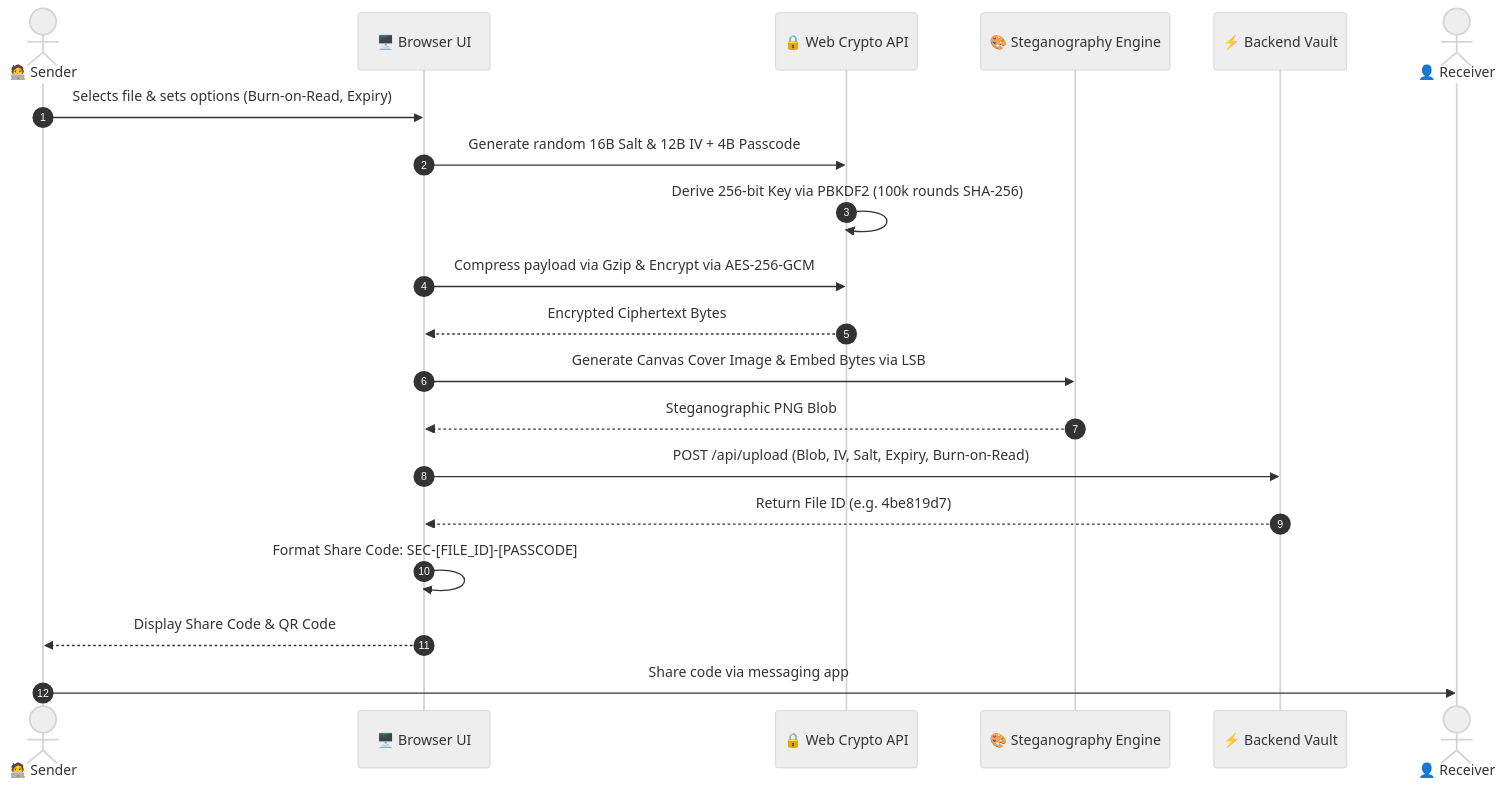
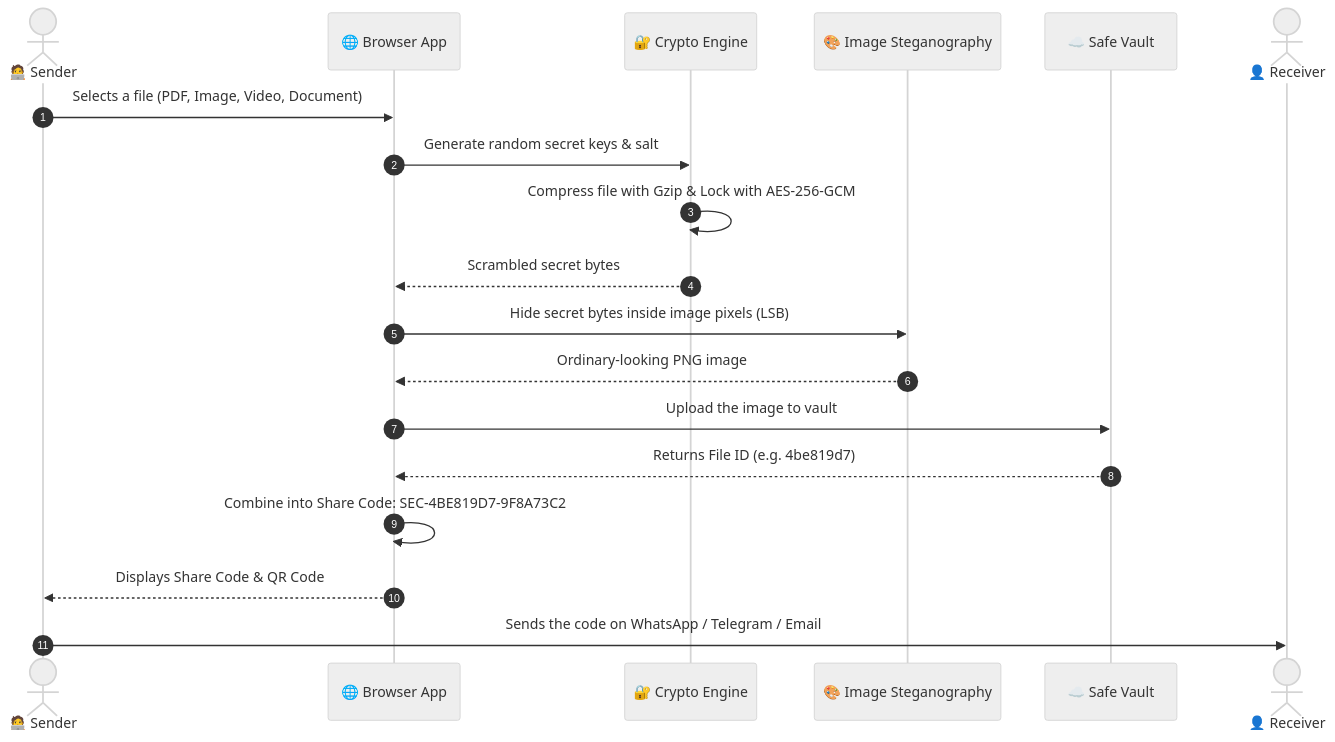
One commit to sujalkathait93-lab/filesender changed the second of 4 diagrams in README.md. Above: the diagram before and after it, drawn with Mermaid (neutral theme). The commit also changed other lines of this file, not shown here.

Commit message:
Update README with simple teacher-style explanations for all diagrams and remove deployment guide

````diff
--- a/README.md
+++ b/README.md
@@ -94,23 +83,22 @@
 ```mermaid
 sequenceDiagram
     autonumber
     actor Sender as 🧑‍💻 Sender
-    participant UI as 🖥️ Browser UI
-    participant Crypto as 🔒 Web Crypto API
-    participant Steg as 🎨 Steganography Engine
-    participant Server as ⚡ Backend Vault
+    participant Browser as 🌐 Browser App
+    participant Lock as 🔐 Crypto Engine
+    participant Painter as 🎨 Image Steganography
+    participant Server as ☁️ Safe Vault
     actor Receiver as 👤 Receiver
 
-    Sender->>UI: Selects file & sets options (Burn-on-Read, Expiry)
-    UI->>Crypto: Generate random 16B Salt & 12B IV + 4B Passcode
-    Crypto->>Crypto: Derive 256-bit Key via PBKDF2 (100k rounds SHA-256)
-    UI->>Crypto: Compress payload via Gzip & Encrypt via AES-256-GCM
-    Crypto-->>UI: Encrypted Ciphertext Bytes
-    UI->>Steg: Generate Canvas Cover Image & Embed Bytes via LSB
-    Steg-->>UI: Steganographic PNG Blob
-    UI->>Server: POST /api/upload (Blob, IV, Salt, Expiry, Burn-on-Read)
-    Server-->>UI: Return File ID (e.g. 4be819d7)
-    UI->>UI: Format Share Code: SEC-[FILE_ID]-[PASSCODE]
-    UI-->>Sender: Display Share Code & QR Code
-    Sender->>Receiver: Share code via messaging app
+    Sender->>Browser: Selects a file (PDF, Image, Video, Document)
+    Browser->>Lock: Generate random secret keys & salt
+    Lock->>Lock: Compress file with Gzip & Lock with AES-256-GCM
+    Lock-->>Browser: Scrambled secret bytes
+    Browser->>Painter: Hide secret bytes inside image pixels (LSB)
+    Painter-->>Browser: Ordinary-looking PNG image
+    Browser->>Server: Upload the image to vault
+    Server-->>Browser: Returns File ID (e.g. 4be819d7)
+    Browser->>Browser: Combine into Share Code: SEC-4BE819D7-9F8A73C2
+    Browser-->>Sender: Displays Share Code & QR Code
+    Sender->>Receiver: Sends the code on WhatsApp / Telegram / Email
 ```
````
